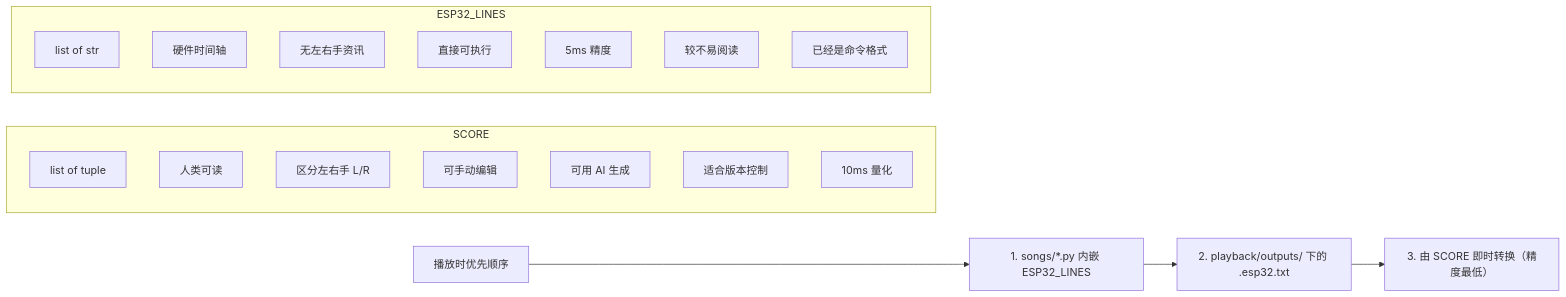
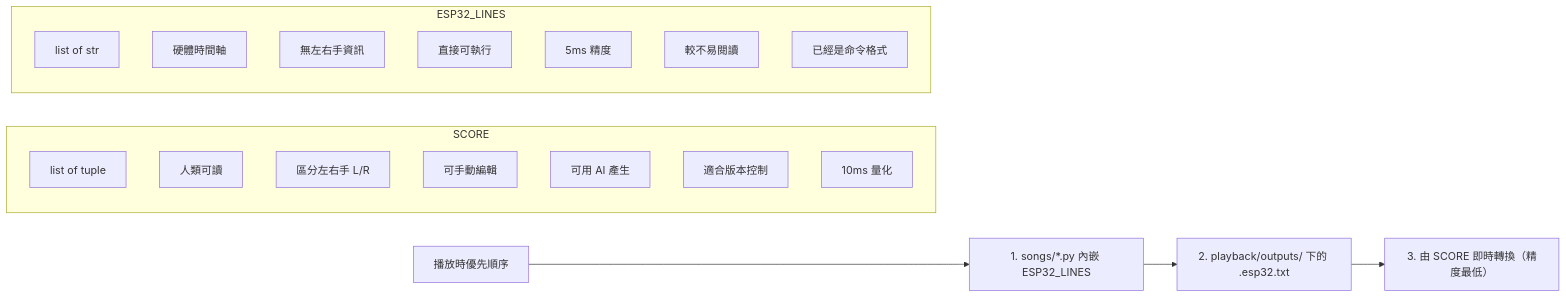
One commit to wjmmmwjj/auto_piano changed the eighth of 14 diagrams in README.md. Above: the diagram before and after it, drawn with Mermaid. The commit also changed other lines of this file, not shown here.

Commit message:
README: 改為繁體中文版本，含安裝教學與完整流程圖

````diff
--- a/README.md
+++ b/README.md
@@ -633,26 +633,26 @@
 ```mermaid
 flowchart LR
     subgraph "SCORE"
         A1["list of tuple"]
-        A2["人类可读"]
-        A3["区分左右手 L/R"]
-        A4["可手动编辑"]
-        A5["可用 AI 生成"]
-        A6["适合版本控制"]
+        A2["人類可讀"]
+        A3["區分左右手 L/R"]
+        A4["可手動編輯"]
+        A5["可用 AI 產生"]
+        A6["適合版本控制"]
         A7["10ms 量化"]
     end
 
     subgraph "ESP32_LINES"
         B1["list of str"]
-        B2["硬件时间轴"]
-        B3["无左右手资讯"]
-        B4["直接可执行"]
+        B2["硬體時間軸"]
+        B3["無左右手資訊"]
+        B4["直接可執行"]
         B5["5ms 精度"]
-        B6["较不易阅读"]
-        B7["已经是命令格式"]
+        B6["較不易閱讀"]
+        B7["已經是命令格式"]
     end
 
-    C["播放时优先顺序"] --> D["1. songs/*.py 内嵌 ESP32_LINES"]
+    C["播放時優先順序"] --> D["1. songs/*.py 內嵌 ESP32_LINES"]
     D --> E["2. playback/outputs/ 下的 .esp32.txt"]
-    E --> F["3. 由 SCORE 即时转换（精度最低）"]
+    E --> F["3. 由 SCORE 即時轉換（精度最低）"]
 ```
````
